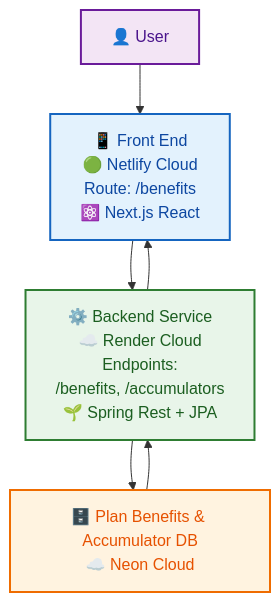
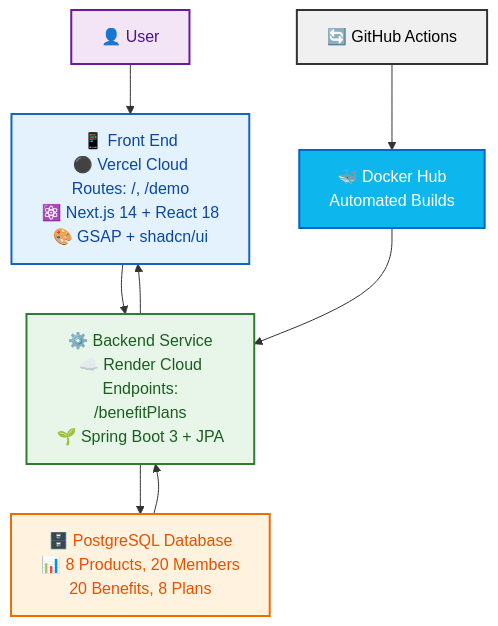
The diagram in README.MD (aarush6848ddh/insurance_accumulator), drawn with Mermaid before and after one commit. The commit also changed other lines of this file and 223 other files, not shown here.

````diff
--- a/README.MD
+++ b/README.MD
@@ -85,16 +114,21 @@
 ```mermaid
 graph TD;
-    A[👤 User] --> B["📱 Front End<br/>🟢 Netlify Cloud<br/>Route: /benefits<br/>⚛️ Next.js React"]
+    A[👤 User] --> B["📱 Front End<br/>⚫ Vercel Cloud<br/>Routes: /, /demo<br/>⚛️ Next.js 14 + React 18<br/>🎨 GSAP + shadcn/ui"]
     
-    B --> C["⚙️ Backend Service<br/>☁️ Render Cloud<br/>Endpoints:<br/>/benefits, /accumulators<br/>🌱 Spring Rest + JPA"]
+    B --> C["⚙️ Backend Service<br/>☁️ Render Cloud<br/>Endpoints:<br/>/benefitPlans<br/>🌱 Spring Boot 3 + JPA"]
     
-    C --> D["🗄️ Plan Benefits & Accumulator DB<br/>☁️ Neon Cloud"]
+    C --> D["🗄️ PostgreSQL Database<br/>📊 8 Products, 20 Members<br/>20 Benefits, 8 Plans"]
     D --> C
     C --> B
+
+    E["🔄 GitHub Actions"] --> F["🐳 Docker Hub<br/>Automated Builds"]
+    F --> C
 
     %% Styling
     style B fill:#E3F2FD,stroke:#1565C0,stroke-width:2px,color:#0D47A1
     style C fill:#E8F5E9,stroke:#2E7D32,stroke-width:2px,color:#1B5E20
     style D fill:#FFF3E0,stroke:#EF6C00,stroke-width:2px,color:#E65100
     style A fill:#F3E5F5,stroke:#6A1B9A,stroke-width:2px,color:#4A148C
+    style E fill:#F0F0F0,stroke:#333333,stroke-width:2px,color:#000000
+    style F fill:#0db7ed,stroke:#0066cc,stroke-width:2px,color:#FFFFFF
 ```
````
